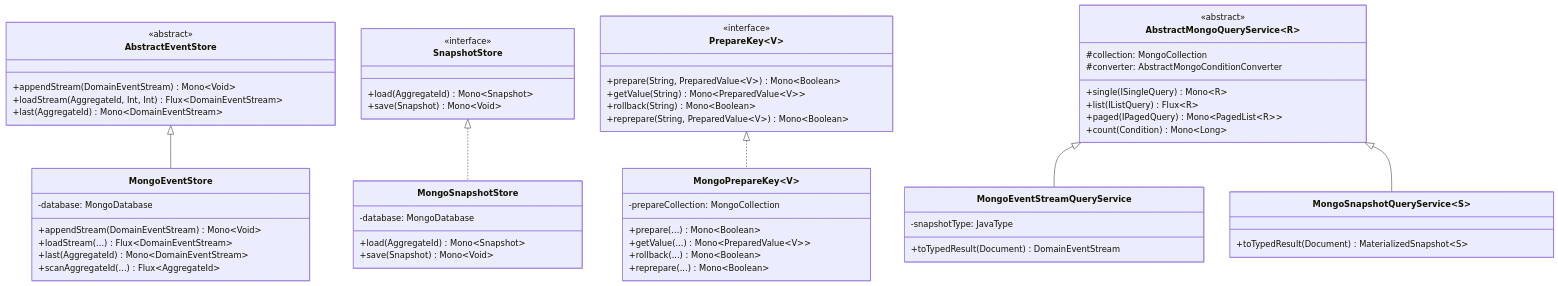
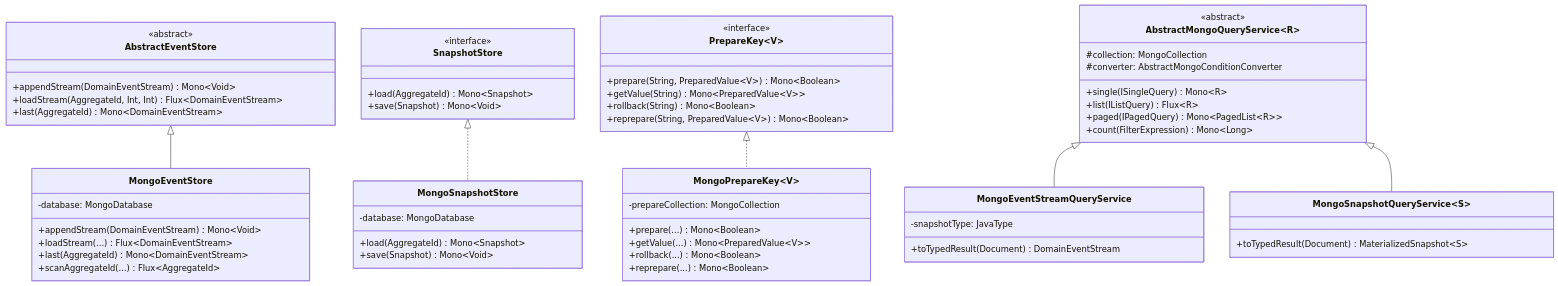
One commit to Ahoo-Wang/Wow changed the third of 3 diagrams in documentation/docs/en/guide/extensions/mongo.md. Above: the diagram before and after it, drawn with Mermaid. The commit also changed other lines of this file and 49 other files, not shown here.

````diff
--- a/documentation/docs/en/guide/extensions/mongo.md
+++ b/documentation/docs/en/guide/extensions/mongo.md
@@ -460,72 +461,72 @@
 ```mermaid
 classDiagram
     direction TB
 
     class AbstractEventStore {
         <<abstract>>
         +appendStream(DomainEventStream) Mono~Void~
         +loadStream(AggregateId, Int, Int) Flux~DomainEventStream~
         +last(AggregateId) Mono~DomainEventStream~
     }
 
     class MongoEventStore {
         -database: MongoDatabase
         +appendStream(DomainEventStream) Mono~Void~
         +loadStream(...) Flux~DomainEventStream~
         +last(AggregateId) Mono~DomainEventStream~
         +scanAggregateId(...) Flux~AggregateId~
     }
 
     class SnapshotStore {
         <<interface>>
         +load(AggregateId) Mono~Snapshot~
         +save(Snapshot) Mono~Void~
     }
 
     class MongoSnapshotStore {
         -database: MongoDatabase
         +load(AggregateId) Mono~Snapshot~
         +save(Snapshot) Mono~Void~
     }
 
     class PrepareKey~V~ {
         <<interface>>
         +prepare(String, PreparedValue~V~) Mono~Boolean~
         +getValue(String) Mono~PreparedValue~V~~
         +rollback(String) Mono~Boolean~
         +reprepare(String, PreparedValue~V~) Mono~Boolean~
     }
 
     class MongoPrepareKey~V~ {
         -prepareCollection: MongoCollection
         +prepare(...) Mono~Boolean~
         +getValue(...) Mono~PreparedValue~V~~
         +rollback(...) Mono~Boolean~
         +reprepare(...) Mono~Boolean~
     }
 
     class AbstractMongoQueryService~R~ {
         <<abstract>>
         #collection: MongoCollection
         #converter: AbstractMongoConditionConverter
         +single(ISingleQuery) Mono~R~
         +list(IListQuery) Flux~R~
         +paged(IPagedQuery) Mono~PagedList~R~~
-        +count(Condition) Mono~Long~
+        +count(FilterExpression) Mono~Long~
     }
 
     class MongoEventStreamQueryService {
         -snapshotType: JavaType
         +toTypedResult(Document) DomainEventStream
     }
 
     class MongoSnapshotQueryService~S~ {
         +toTypedResult(Document) MaterializedSnapshot~S~
     }
 
     AbstractEventStore <|-- MongoEventStore
     SnapshotStore <|.. MongoSnapshotStore
     PrepareKey <|.. MongoPrepareKey
     AbstractMongoQueryService <|-- MongoEventStreamQueryService
     AbstractMongoQueryService <|-- MongoSnapshotQueryService
 ```
````
